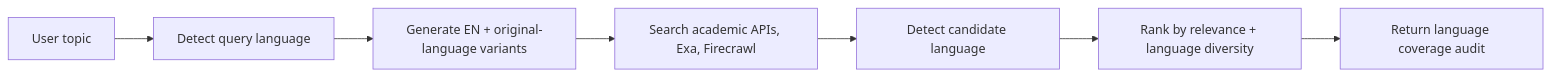
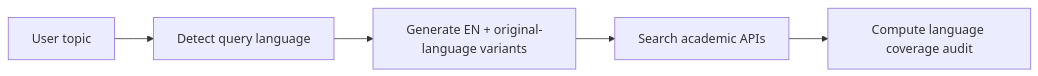
The third of 3 diagrams in docs/architecture/backend-architecture.md (vietlinhh02/lumen-agent), drawn with Mermaid before and after one commit. The commit also changed other lines of this file and 13 other files, not shown here.

Commit message:
chore: fix import ordering for Exa/Firecrawl imports

````diff
--- a/docs/architecture/backend-architecture.md
+++ b/docs/architecture/backend-architecture.md
@@ -218,9 +171,7 @@
 ```mermaid
 flowchart LR
     A["User topic"] --> B["Detect query language"]
     B --> C["Generate EN + original-language variants"]
-    C --> D["Search academic APIs, Exa, Firecrawl"]
-    D --> E["Detect candidate language"]
-    E --> F["Rank by relevance + language diversity"]
-    F --> G["Return language coverage audit"]
+    C --> D["Search academic APIs"]
+    D --> E["Compute language coverage audit"]
 ```
````
